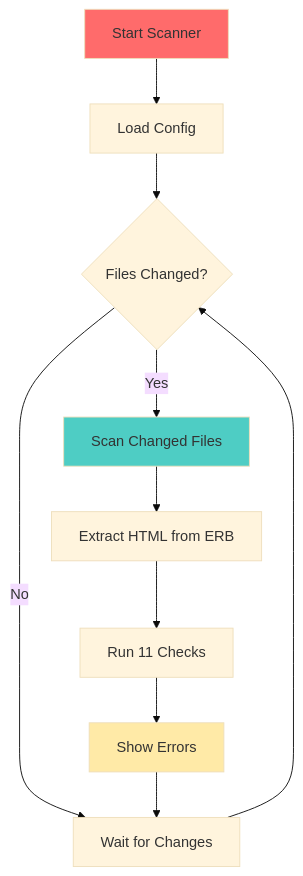
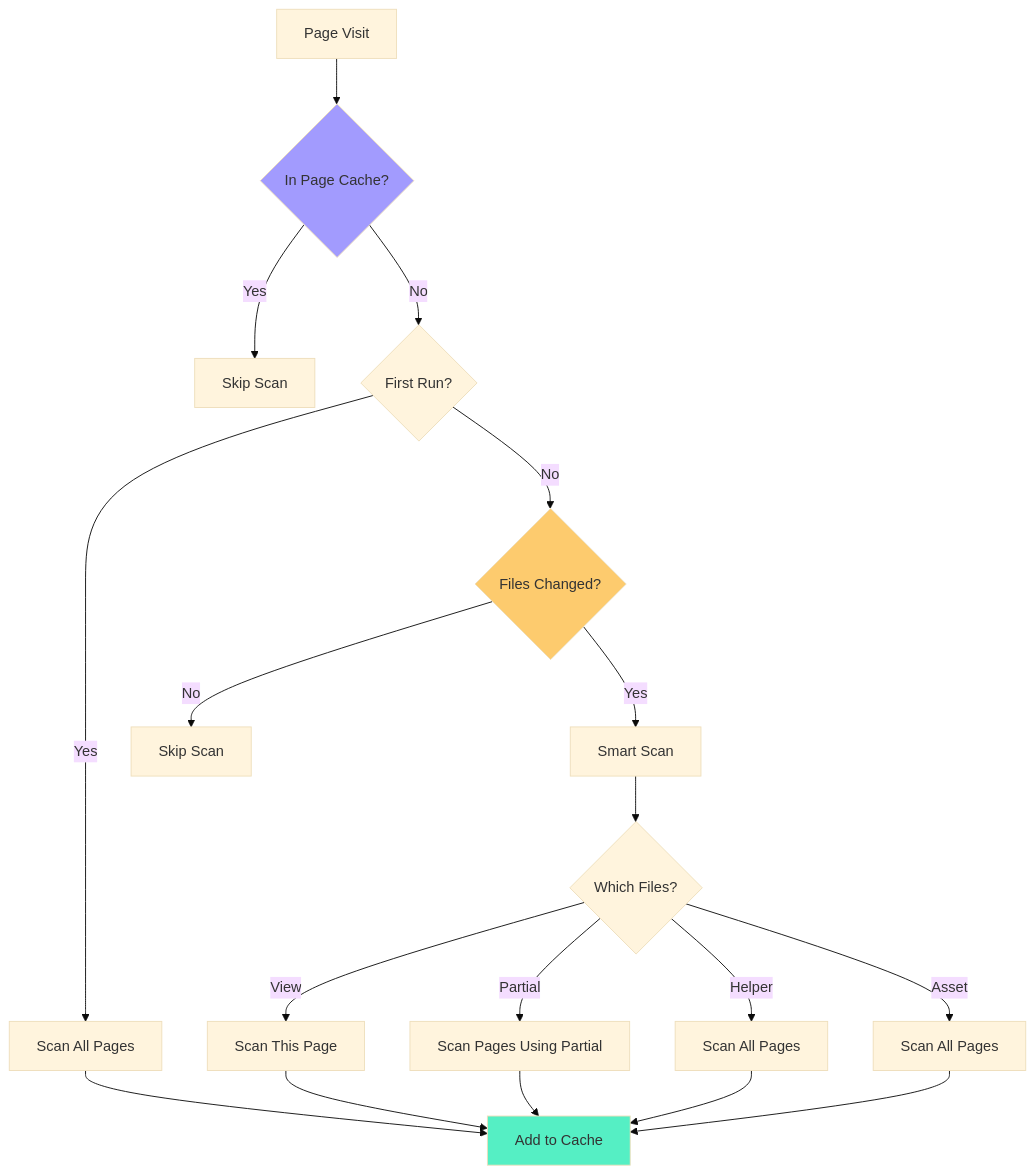
The eighth of 8 diagrams in docs_site/architecture.md (rayraycodes/rails-accessibility-testing), drawn with Mermaid (base theme) before and after one commit. The commit also changed other lines of this file and 12 other files, not shown here.

````diff
--- a/docs_site/architecture.md
+++ b/docs_site/architecture.md
@@ -89,16 +787,26 @@
 ```mermaid
 graph TB
-    Start[Start Scanner] --> Load[Load Config]
-    Load --> Check{Files Changed?}
-    Check -->|Yes| Scan[Scan Changed Files]
-    Check -->|No| Wait[Wait for Changes]
-    Scan --> Extract[Extract HTML from ERB]
-    Extract --> Run[Run 11 Checks]
-    Run --> Show[Show Errors]
-    Show --> Wait
-    Wait --> Check
+    A[Page Visit] --> B{In Page Cache?}
+    B -->|Yes| C[Skip Scan]
+    B -->|No| D{First Run?}
+    D -->|Yes| E[Scan All Pages]
+    D -->|No| F{Files Changed?}
+    F -->|No| G[Skip Scan]
+    F -->|Yes| H[Smart Scan]
     
-    style Start fill:#ff6b6b
-    style Scan fill:#4ecdc4
-    style Show fill:#ffeaa7
+    H --> I{Which Files?}
+    I -->|View| J[Scan This Page]
+    I -->|Partial| K[Scan Pages Using Partial]
+    I -->|Helper| L[Scan All Pages]
+    I -->|Asset| M[Scan All Pages]
+    
+    E --> N[Add to Cache]
+    J --> N
+    K --> N
+    L --> N
+    M --> N
+    
+    style B fill:#a29bfe
+    style F fill:#fdcb6e
+    style N fill:#55efc4
 ```
````
